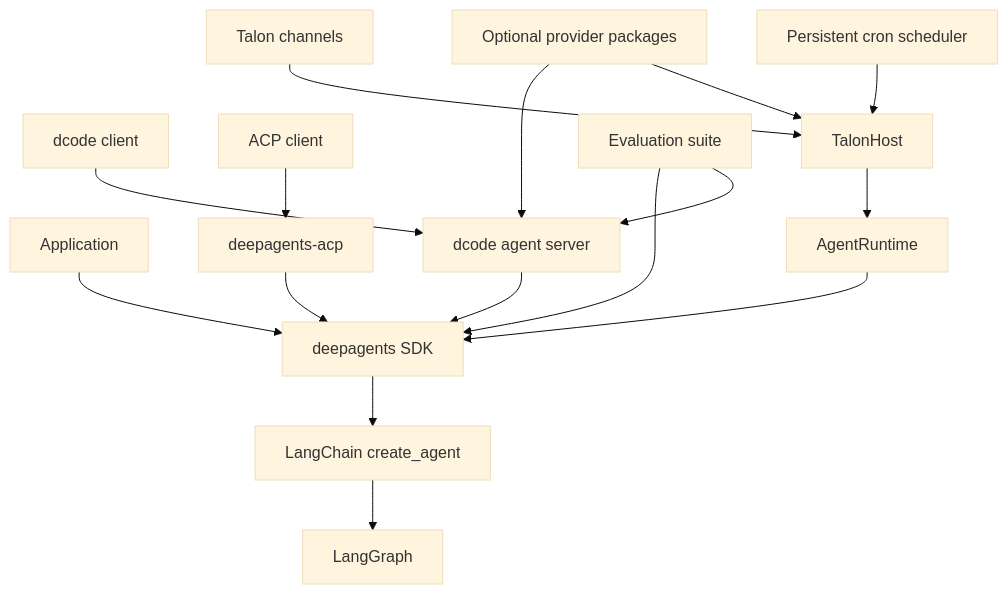
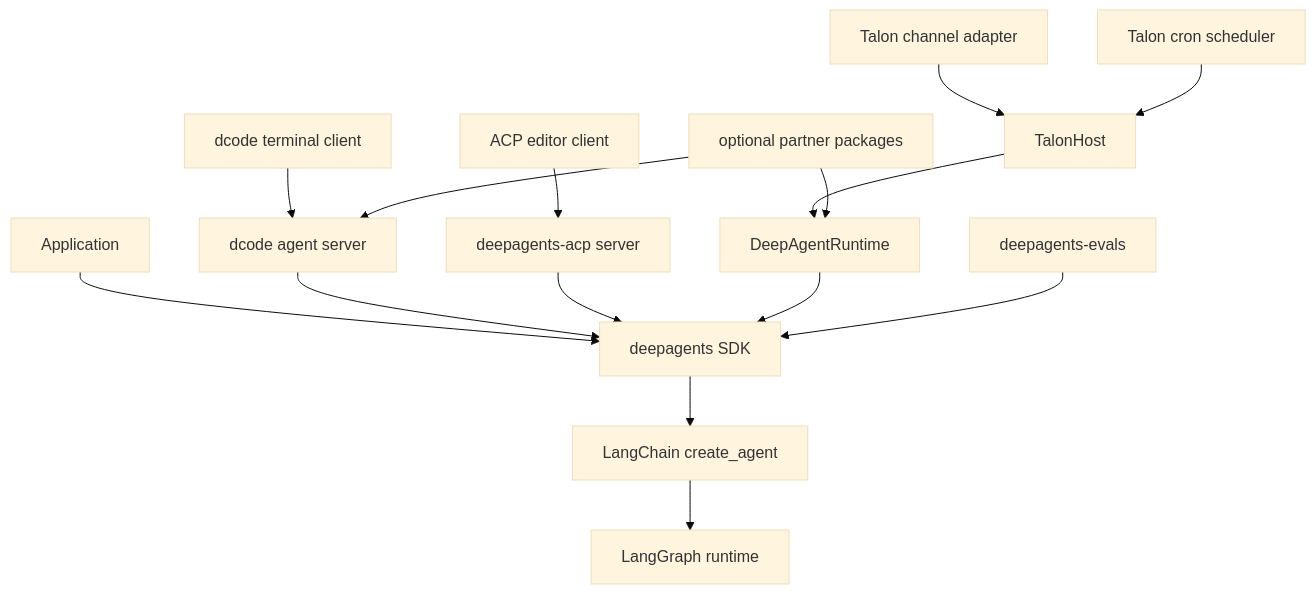
One commit to langchain-ai/deepagents changed the first of 2 diagrams in openwiki/architecture/overview.md. Above: the diagram before and after it, drawn with Mermaid (base theme). The commit also changed other lines of this file and 47 other files, not shown here.

````diff
--- a/openwiki/architecture/overview.md
+++ b/openwiki/architecture/overview.md
@@ -77,18 +62,17 @@
 ```mermaid
 flowchart TD
   App["Application"] --> SDK["deepagents SDK"]
-  Client["dcode client"] --> CodeServer["dcode agent server"]
-  CodeServer --> SDK
-  Editor["ACP client"] --> ACP["deepagents-acp"]
+  DcodeClient["dcode terminal client"] --> DcodeServer["dcode agent server"]
+  DcodeServer --> SDK
+  Editor["ACP editor client"] --> ACP["deepagents-acp server"]
   ACP --> SDK
-  Channels["Talon channels"] --> Host["TalonHost"]
-  Scheduler["Persistent cron scheduler"] --> Host
-  Host --> Runtime["AgentRuntime"]
+  Channel["Talon channel adapter"] --> Host["TalonHost"]
+  Scheduler["Talon cron scheduler"] --> Host
+  Host --> Runtime["DeepAgentRuntime"]
   Runtime --> SDK
-  Evals["Evaluation suite"] --> SDK
-  Evals --> CodeServer
-  Partners["Optional provider packages"] --> CodeServer
-  Partners --> Host
   SDK --> LangChain["LangChain create_agent"]
-  LangChain --> LangGraph["LangGraph"]
+  LangChain --> LangGraph["LangGraph runtime"]
+  Evals["deepagents-evals"] --> SDK
+  Partners["optional partner packages"] --> DcodeServer
+  Partners --> Runtime
 ```
````
